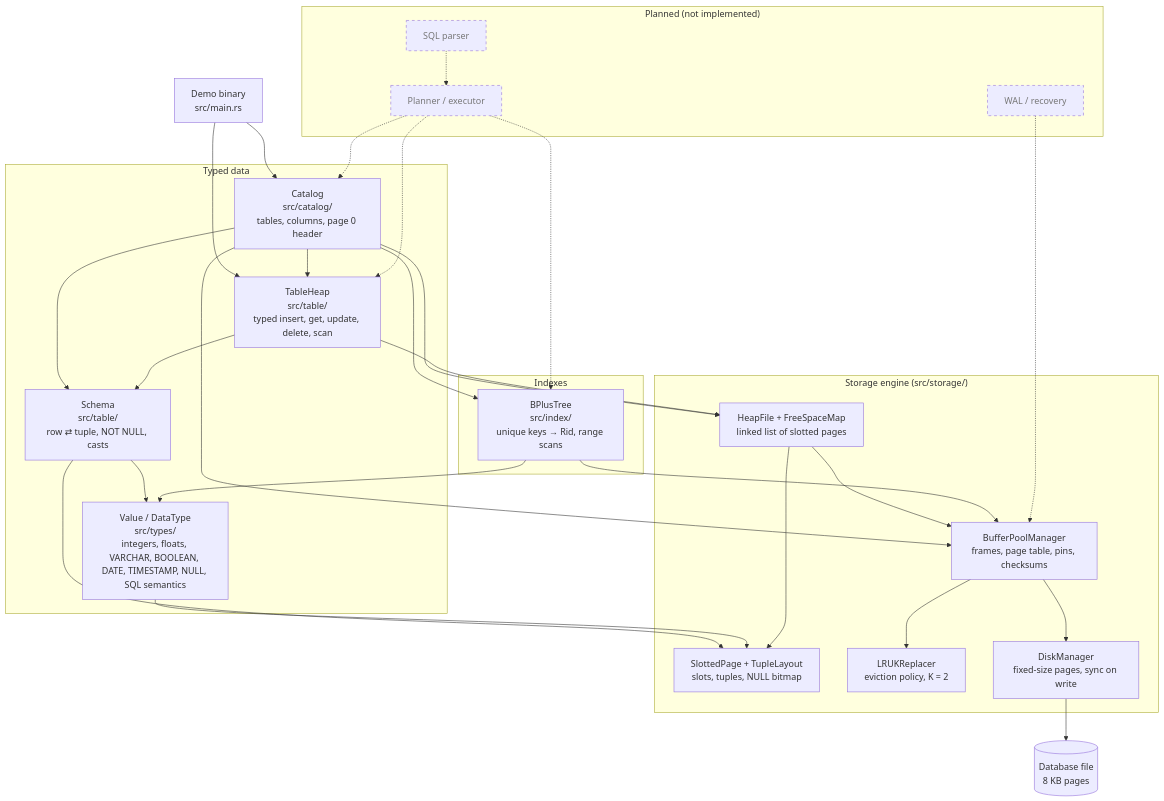
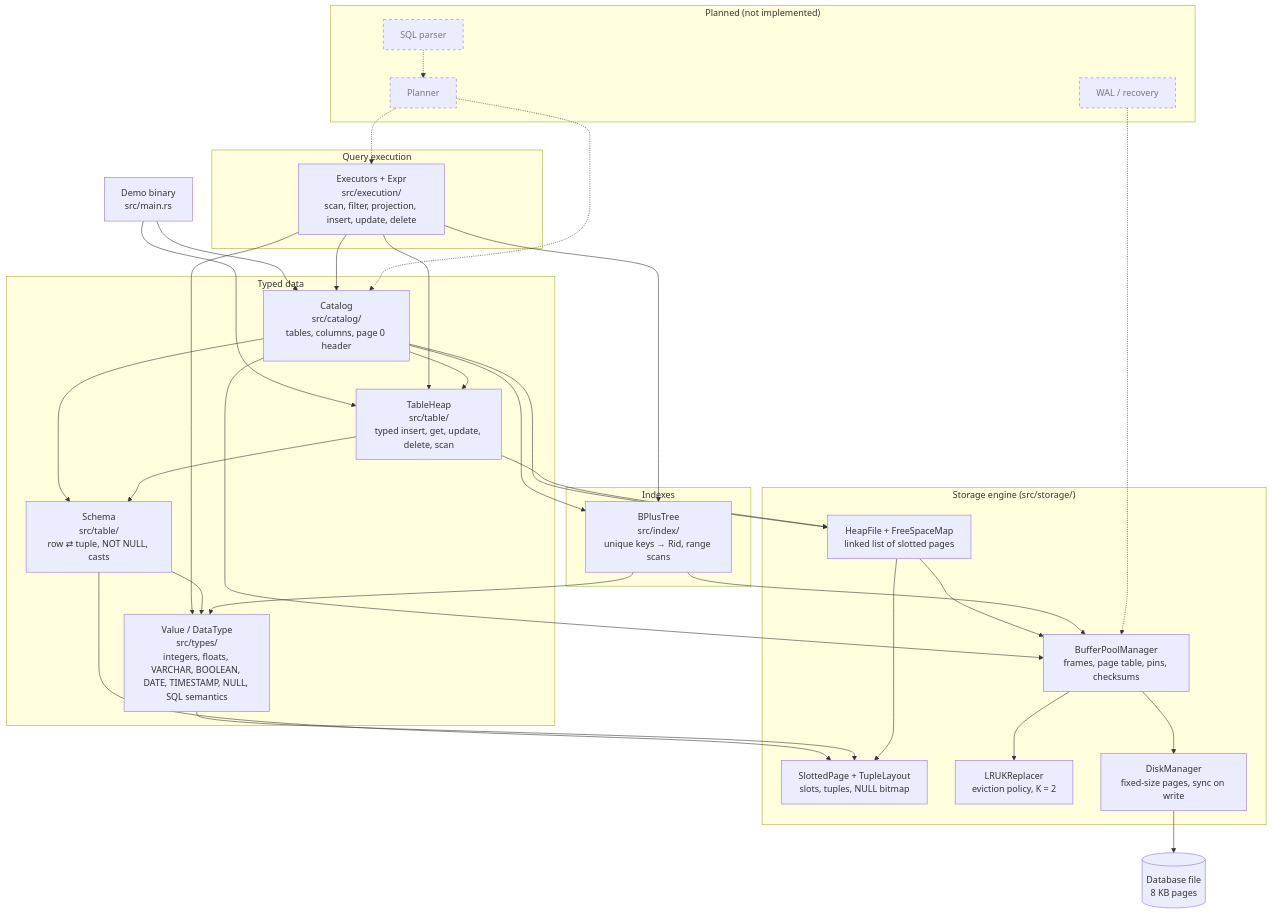
One commit to RodrigoGrz/ferro-db changed the diagram in docs/architecture.md. Above: the diagram before and after it, drawn with Mermaid. The commit also changed other lines of this file and 25 other files, not shown here.

````diff
--- a/docs/architecture.md
+++ b/docs/architecture.md
@@ -9,59 +9,66 @@
 ```mermaid
 flowchart TD
     demo["Demo binary<br/>src/main.rs"]
 
     subgraph upper["Typed data"]
         catalog["Catalog<br/>src/catalog/<br/>tables, columns, page 0 header"]
         tableheap["TableHeap<br/>src/table/<br/>typed insert, get, update, delete, scan"]
         schema["Schema<br/>src/table/<br/>row ⇄ tuple, NOT NULL, casts"]
         types["Value / DataType<br/>src/types/<br/>integers, floats, VARCHAR, BOOLEAN, DATE, TIMESTAMP, NULL, SQL semantics"]
     end
 
     subgraph indexes["Indexes"]
         btree["BPlusTree<br/>src/index/<br/>unique keys → Rid, range scans"]
     end
 
+    subgraph execution["Query execution"]
+        exec["Executors + Expr<br/>src/execution/<br/>scan, filter, projection, insert, update, delete"]
+    end
+
     subgraph storage["Storage engine (src/storage/)"]
         heap["HeapFile + FreeSpaceMap<br/>linked list of slotted pages"]
         slotted["SlottedPage + TupleLayout<br/>slots, tuples, NULL bitmap"]
         bpm["BufferPoolManager<br/>frames, page table, pins, checksums"]
         replacer["LRUKReplacer<br/>eviction policy, K = 2"]
         disk["DiskManager<br/>fixed-size pages, sync on write"]
     end
 
     file[("Database file<br/>8 KB pages")]
 
     demo --> catalog
     demo --> tableheap
+    exec --> catalog
+    exec --> tableheap
+    exec --> btree
+    exec --> types
     catalog --> tableheap
     catalog --> heap
     catalog --> schema
     tableheap --> schema
     tableheap --> heap
     schema --> types
     schema --> slotted
     types --> slotted
     heap --> slotted
     heap --> bpm
     catalog --> bpm
     catalog --> btree
     btree --> types
     btree --> bpm
     bpm --> replacer
     bpm --> disk
     disk --> file
 
     subgraph planned["Planned (not implemented)"]
         sql["SQL parser"]
-        planner["Planner / executor"]
+        planner["Planner"]
         wal["WAL / recovery"]
     end
     sql -.-> planner
+    planner -.-> exec
     planner -.-> catalog
-    planner -.-> tableheap
-    planner -.-> btree
     wal -.-> bpm
 
     classDef plannedNode stroke-dasharray: 5 5,color:#777
     class sql,planner,wal plannedNode
 ```
````
